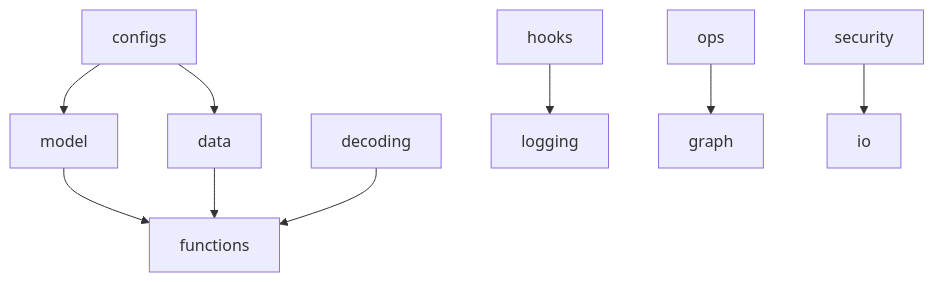
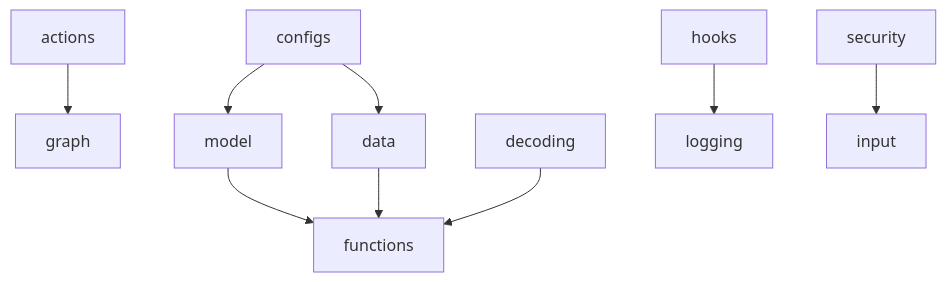
The diagram in docs/modules/UTILS_MODULE.md (ACFHarbinger/WSmartPlus-Route), drawn with Mermaid before and after one commit. The commit also changed other lines of this file and 164 other files, not shown here.

````diff
--- a/docs/modules/UTILS_MODULE.md
+++ b/docs/modules/UTILS_MODULE.md
@@ -84,11 +84,11 @@
 ```mermaid
 graph TD
-    A[configs] --> B[model]
-    A --> C[data]
-    B --> D[functions]
-    C --> D
-    E[decoding] --> D
-    F[hooks] --> G[logging]
-    H[ops] --> I[graph]
-    J[security] --> K[io]
+    A[actions] --> B[graph]
+    C[configs] --> D[model]
+    C --> E[data]
+    D --> F[functions]
+    E --> F
+    G[decoding] --> F
+    H[hooks] --> I[logging]
+    J[security] --> K[input]
 ```
````
